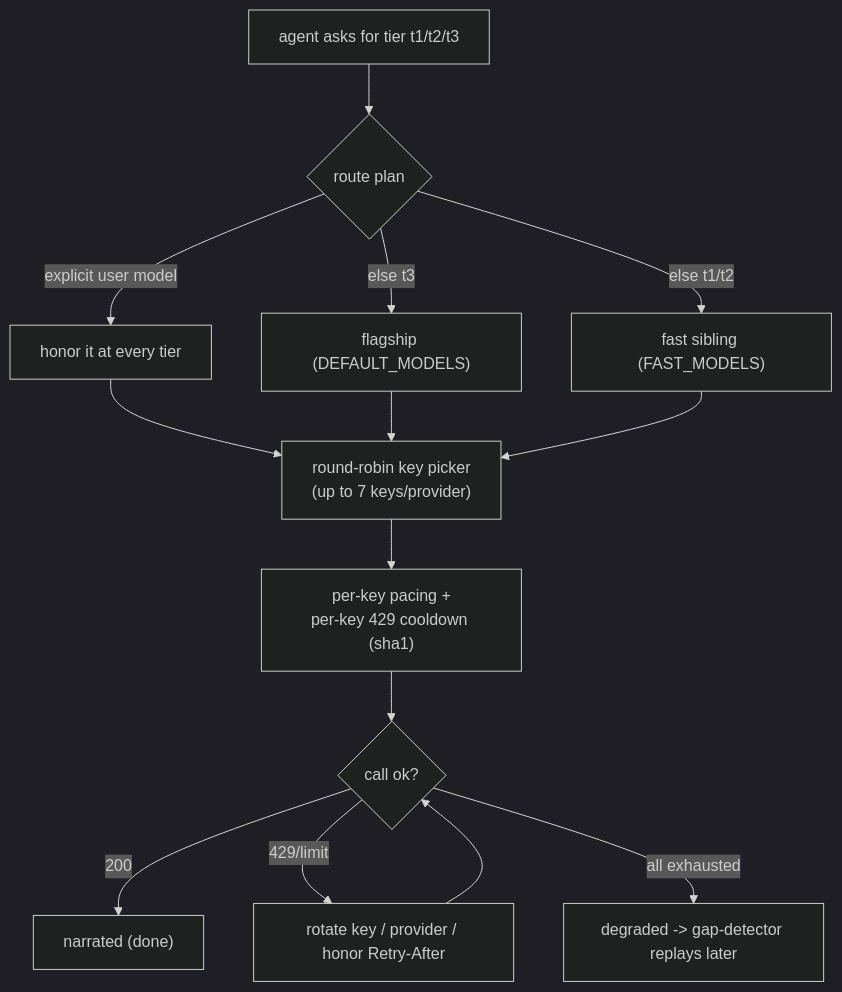
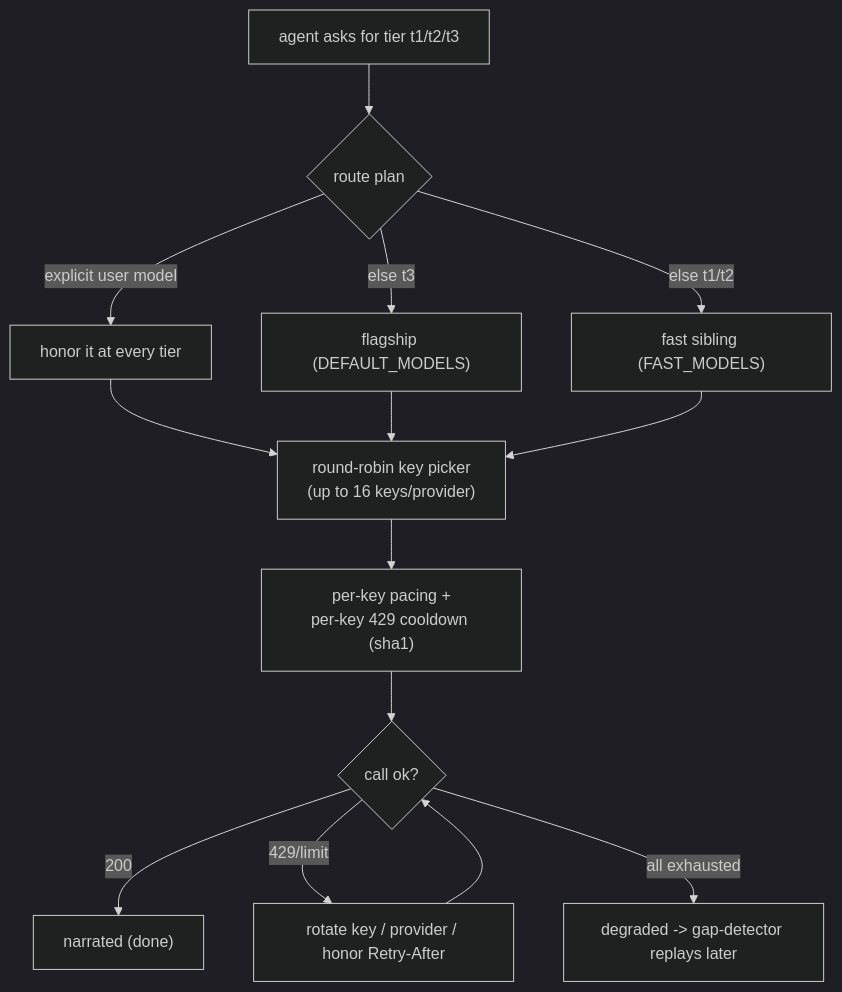
One commit to Srujan29112001/EIP changed the sixth of 8 diagrams in README.md. Above: the diagram before and after it, drawn with Mermaid (dark theme). The commit also changed other lines of this file and 16 other files, not shown here.

````diff
--- a/README.md
+++ b/README.md
@@ -285,14 +290,14 @@
 ```mermaid
 flowchart TD
     A["agent asks for tier t1/t2/t3"] --> R{route plan}
     R -->|explicit user model| P1["honor it at every tier"]
     R -->|else t3| P2["flagship (DEFAULT_MODELS)"]
     R -->|else t1/t2| P3["fast sibling (FAST_MODELS)"]
-    P1 & P2 & P3 --> K["round-robin key picker<br/>(up to 7 keys/provider)"]
+    P1 & P2 & P3 --> K["round-robin key picker<br/>(up to 16 keys/provider)"]
     K --> PACE["per-key pacing +<br/>per-key 429 cooldown (sha1)"]
     PACE --> CALL{call ok?}
     CALL -->|200| DONE["narrated (done)"]
     CALL -->|429/limit| ROT["rotate key / provider / honor Retry-After"]
     ROT --> CALL
     CALL -->|all exhausted| DEG["degraded -> gap-detector replays later"]
 ```
````
